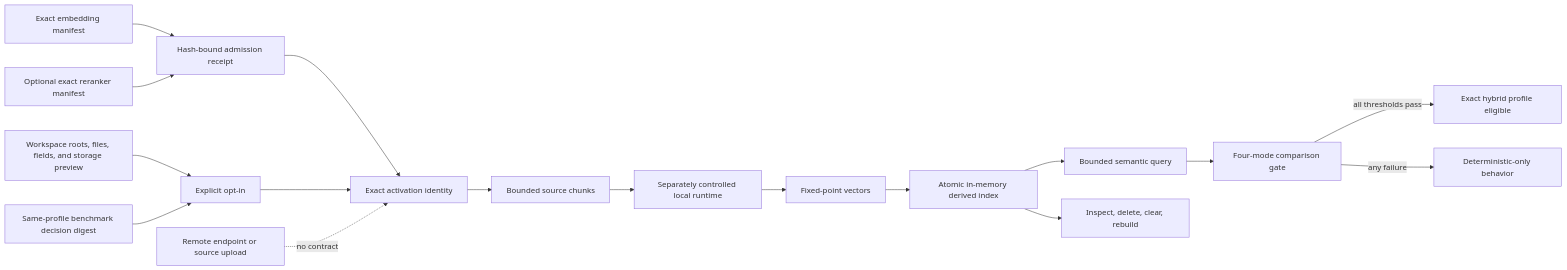
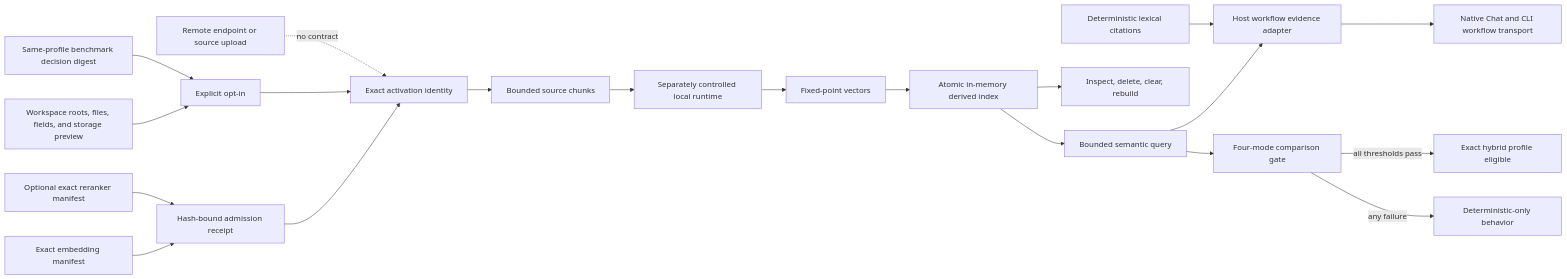
Before and after one commit to AaronNHorvitz/AgentMage: the diagram in docs/architecture/optional-local-semantic-retrieval.md, drawn with Mermaid. The commit also changed other lines of this file and 8 other files, not shown here.

````diff
--- a/docs/architecture/optional-local-semantic-retrieval.md
+++ b/docs/architecture/optional-local-semantic-retrieval.md
@@ -10,19 +10,22 @@
 ```mermaid
 flowchart LR
     M["Exact embedding manifest"] --> A["Hash-bound admission receipt"]
     R["Optional exact reranker manifest"] --> A
     S["Workspace roots, files, fields, and storage preview"] --> O["Explicit opt-in"]
     B["Same-profile benchmark decision digest"] --> O
     A --> X["Exact activation identity"]
     O --> X
     X --> C["Bounded source chunks"]
     C --> L["Separately controlled local runtime"]
     L --> V["Fixed-point vectors"]
     V --> I["Atomic in-memory derived index"]
     I --> Q["Bounded semantic query"]
     I --> D["Inspect, delete, clear, rebuild"]
+    Q --> W["Host workflow evidence adapter"]
+    E["Deterministic lexical citations"] --> W
+    W --> P["Native Chat and CLI workflow transport"]
     Q --> G["Four-mode comparison gate"]
     G -->|"all thresholds pass"| H["Exact hybrid profile eligible"]
     G -->|"any failure"| F["Deterministic-only behavior"]
     N["Remote endpoint or source upload"] -. "no contract" .-> X
 ```
````
